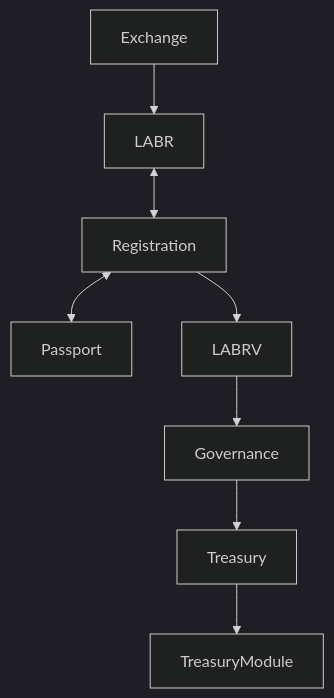
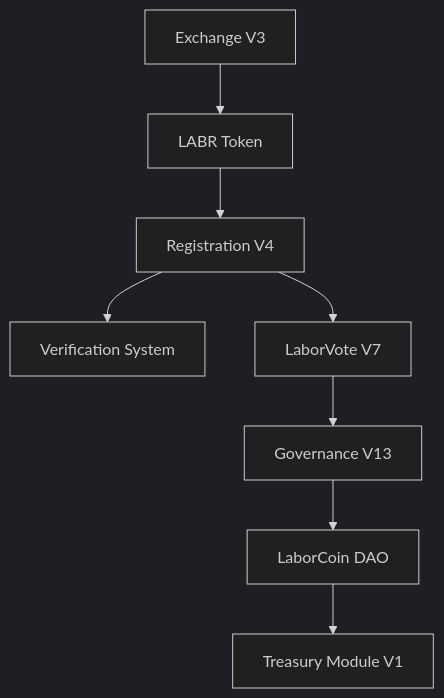
Before and after one commit to LaborCoinCreator/LaborCoin: the diagram in final-launch/contracts/contract-map.md, drawn with Mermaid (dark theme). The commit also changed other lines of this file, not shown here.

````diff
--- a/final-launch/contracts/contract-map.md
+++ b/final-launch/contracts/contract-map.md
@@ -13,10 +15,10 @@
 ```mermaid
 flowchart TD
-    Exchange --> LABR
-    LABR <--> Registration
-    Registration <--> Passport
-    Registration --> LABRV
-    LABRV --> Governance
-    Governance --> Treasury
-    Treasury --> TreasuryModule
+    Exchange["Exchange V3"] --> LABR["LABR Token"]
+    LABR --> Registration["Registration V4"]
+    Registration --> Passport["Verification System"]
+    Registration --> LABRV["LaborVote V7"]
+    LABRV --> Governance["Governance V13"]
+    Governance --> DAO["LaborCoin DAO"]
+    DAO --> Treasury["Treasury Module V1"]
 ```
````
